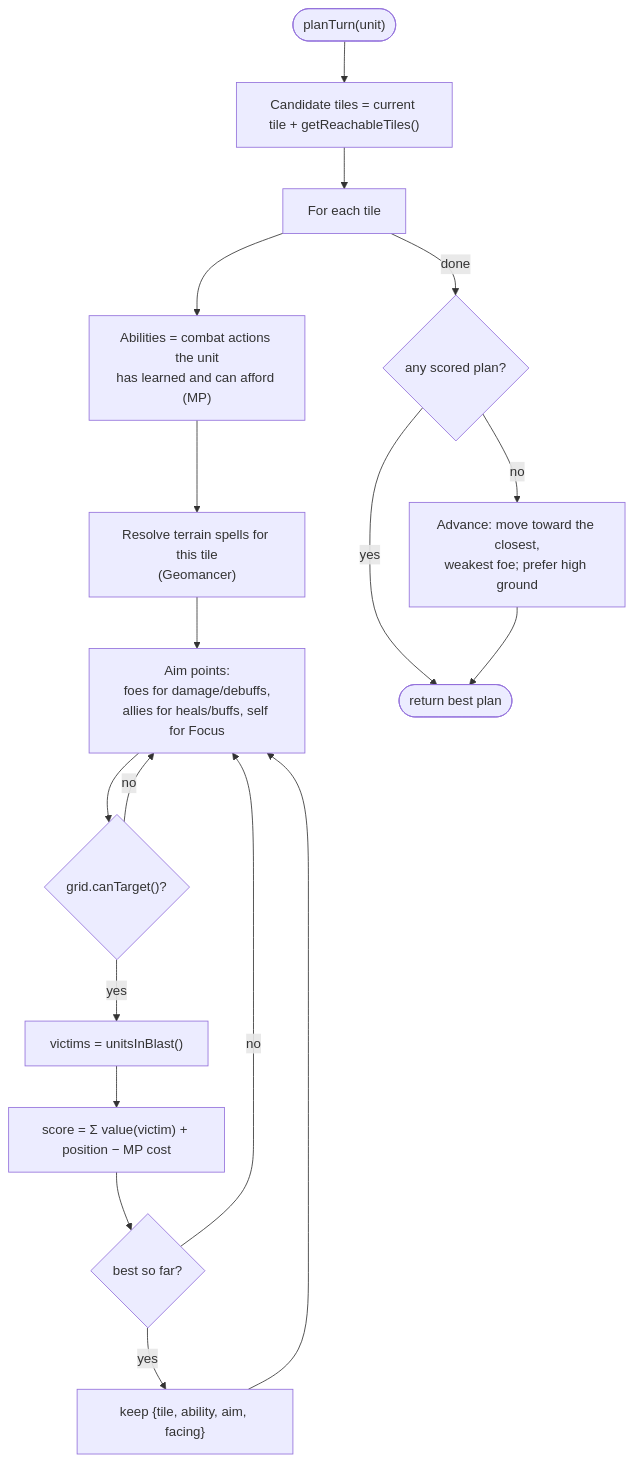
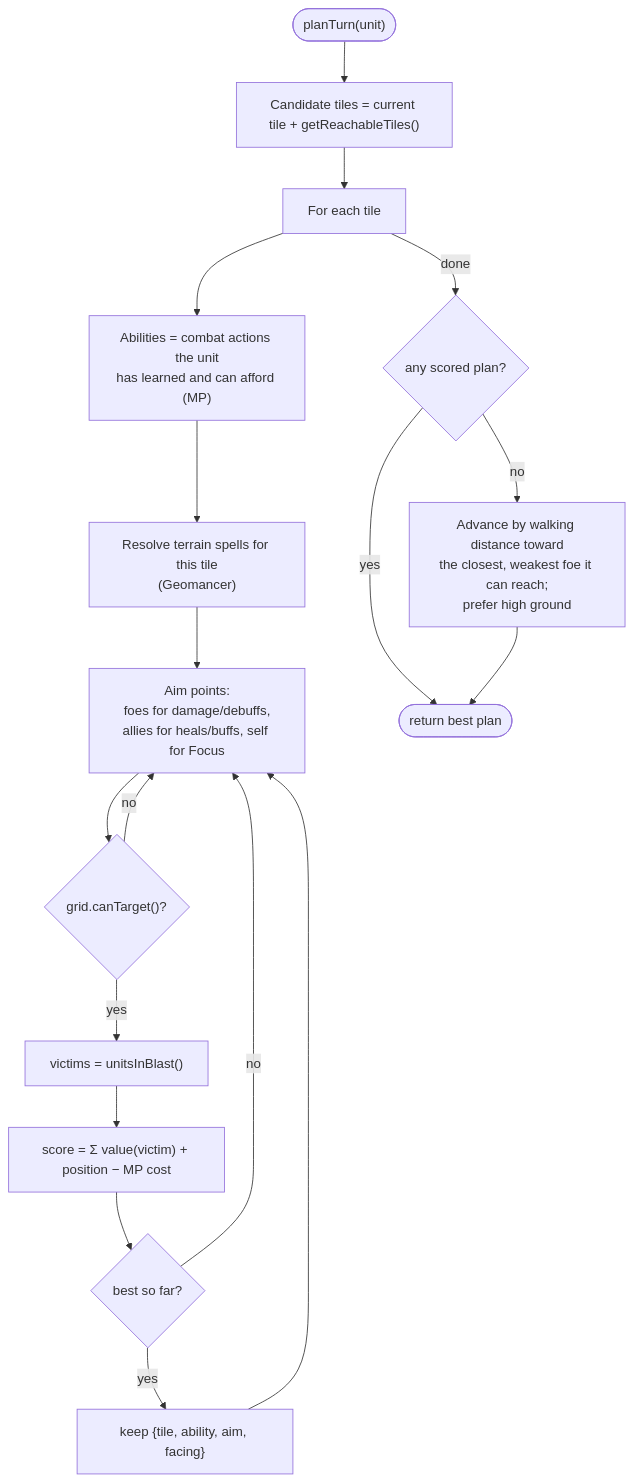
Before and after one commit to CptNope/Chess-RPG-Tactics: the diagram in docs/ENEMY_AI.md, drawn with Mermaid. The commit also changed other lines of this file and 21 other files, not shown here.

````diff
--- a/docs/ENEMY_AI.md
+++ b/docs/ENEMY_AI.md
@@ -11,20 +11,20 @@
 ```mermaid
 flowchart TD
     A(["planTurn(unit)"]) --> B["Candidate tiles = current tile + getReachableTiles()"]
     B --> C["For each tile"]
     C --> D["Abilities = combat actions the unit<br/>has learned and can afford (MP)"]
     D --> E["Resolve terrain spells for this tile<br/>(Geomancer)"]
     E --> F["Aim points:<br/>foes for damage/debuffs,<br/>allies for heals/buffs, self for Focus"]
     F --> G{"grid.canTarget()?"}
     G -- no --> F
     G -- yes --> H["victims = unitsInBlast()"]
     H --> I["score = Σ value(victim) + position − MP cost"]
     I --> J{"best so far?"}
     J -- yes --> K["keep {tile, ability, aim, facing}"]
     J -- no --> F
     K --> F
     C -->|done| L{"any scored plan?"}
     L -- yes --> M(["return best plan"])
-    L -- no --> N["Advance: move toward the closest,<br/>weakest foe; prefer high ground"]
+    L -- no --> N["Advance by walking distance toward<br/>the closest, weakest foe it can reach;<br/>prefer high ground"]
     N --> M
 ```
````
